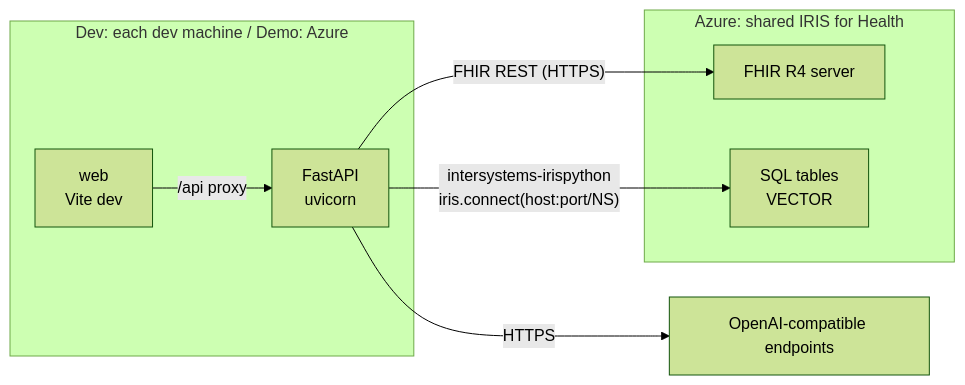
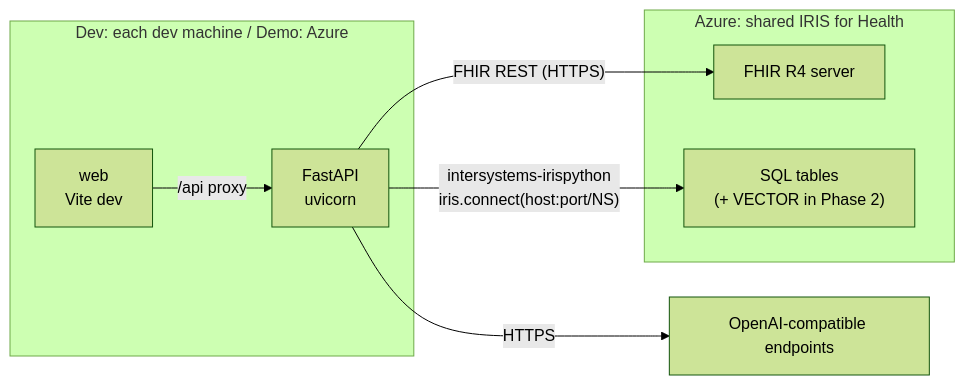
The third of 4 diagrams in docs/architecture.md (darkmackov/AI-Rackathon2026-Nessio), drawn with Mermaid (forest theme) before and after one commit. The commit also changed other lines of this file and 46 other files, not shown here.

````diff
--- a/docs/architecture.md
+++ b/docs/architecture.md
@@ -97,13 +97,13 @@
 ```mermaid
 flowchart LR
   subgraph dev["Dev: each dev machine / Demo: Azure"]
     browser["web<br/>Vite dev"] -->|/api proxy| api2["FastAPI<br/>uvicorn"]
   end
   subgraph azure["Azure: shared IRIS for Health"]
     fhirsrv["FHIR R4 server"]
-    vec["SQL tables<br/>VECTOR"]
+    vec["SQL tables<br/>(+ VECTOR in Phase 2)"]
   end
   api2 -->|"FHIR REST (HTTPS)"| fhirsrv
   api2 -->|"intersystems-irispython<br/>iris.connect(host:port/NS)"| vec
   api2 -->|HTTPS| llm["OpenAI-compatible endpoints"]
 ```
````
